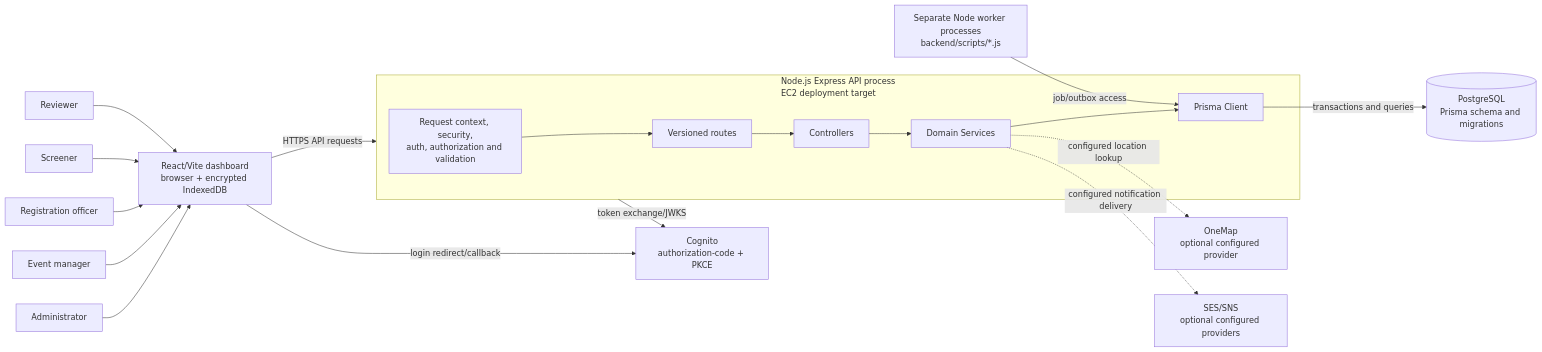
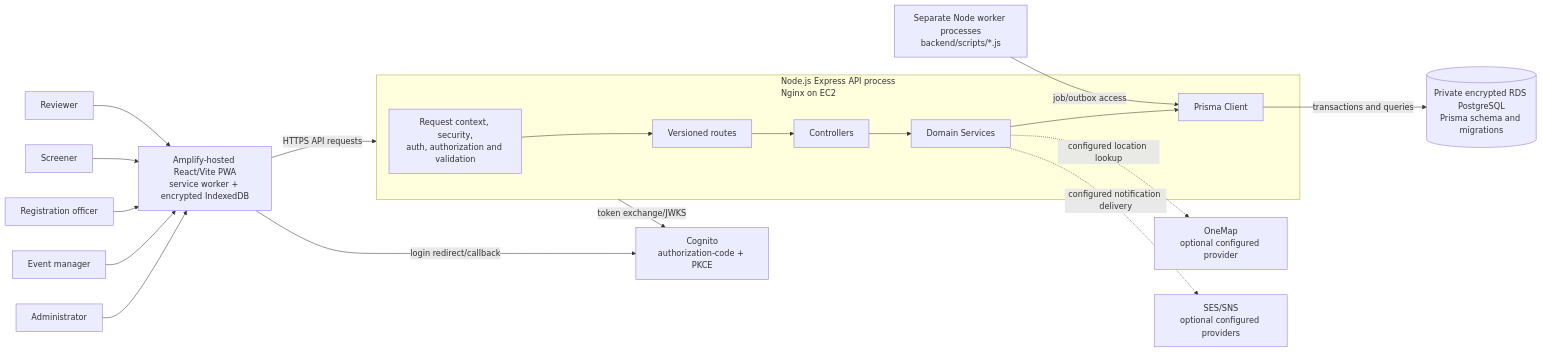
Before and after one commit to NachikethReddyY/vsms: the diagram in docs/secure_coding/diagrams/ContextDiagram.md, drawn with Mermaid. The commit also changed other lines of this file and 8 other files, not shown here.

Commit message:
docs(submission): align the report and diagrams with VSMS

````diff
--- a/docs/secure_coding/diagrams/ContextDiagram.md
+++ b/docs/secure_coding/diagrams/ContextDiagram.md
@@ -8,36 +6,36 @@
 ```mermaid
 flowchart LR
     admin[Administrator]
     manager[Event manager]
     registration[Registration officer]
     screener[Screener]
     reviewer[Reviewer]
 
-    client[React/Vite dashboard<br/>browser + encrypted IndexedDB]
-    subgraph api[Node.js Express API process<br/>EC2 deployment target]
+    client[Amplify-hosted React/Vite PWA<br/>service worker + encrypted IndexedDB]
+    subgraph api[Node.js Express API process<br/>Nginx on EC2]
         middleware[Request context, security,<br/>auth, authorization and validation]
         routes[Versioned routes]
         controllers[Controllers]
         services[Domain Services]
         prisma[Prisma Client]
         middleware --> routes --> controllers --> services --> prisma
     end
     workers[Separate Node worker processes<br/>backend/scripts/*.js]
-    db[(PostgreSQL<br/>Prisma schema and migrations)]
+    db[(Private encrypted RDS PostgreSQL<br/>Prisma schema and migrations)]
     cognito[Cognito<br/>authorization-code + PKCE]
     onemap[OneMap<br/>optional configured provider]
     providers[SES/SNS<br/>optional configured providers]
 
     admin --> client
     manager --> client
     registration --> client
     screener --> client
     reviewer --> client
     client -->|HTTPS API requests| api
     client -->|login redirect/callback| cognito
     api -->|token exchange/JWKS| cognito
     prisma -->|transactions and queries| db
     workers -->|job/outbox access| prisma
     services -.->|configured location lookup| onemap
     services -.->|configured notification delivery| providers
 ```
````
